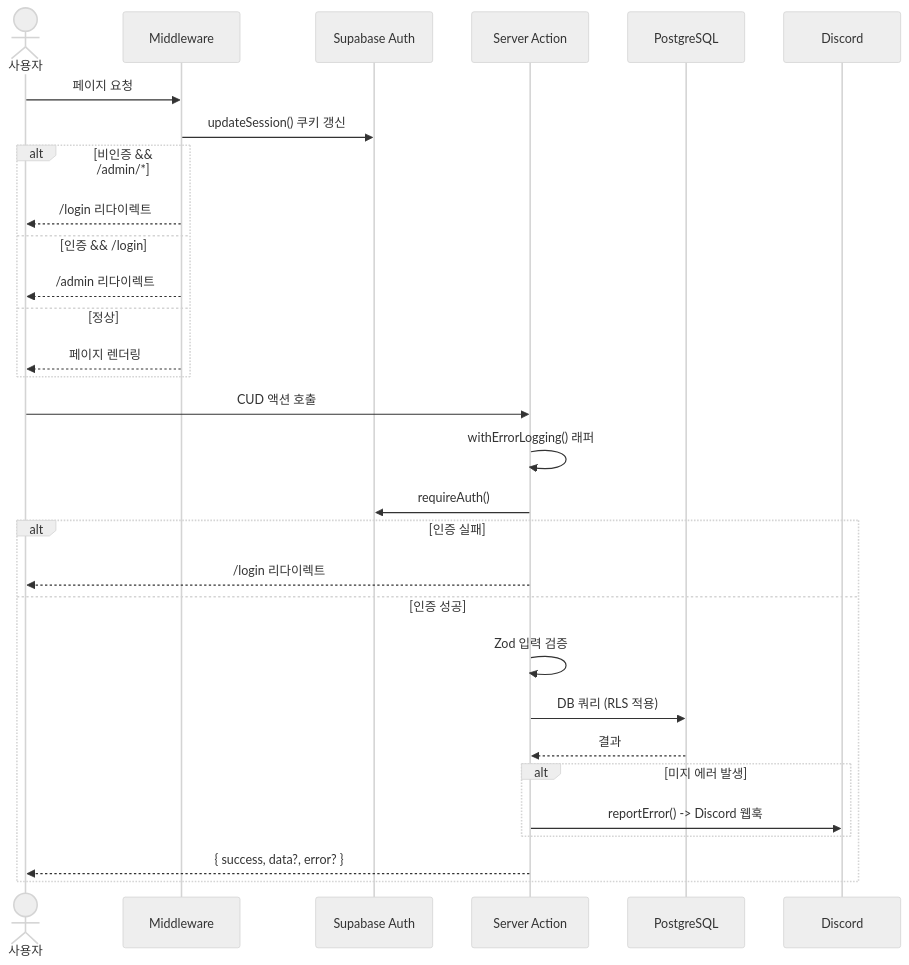
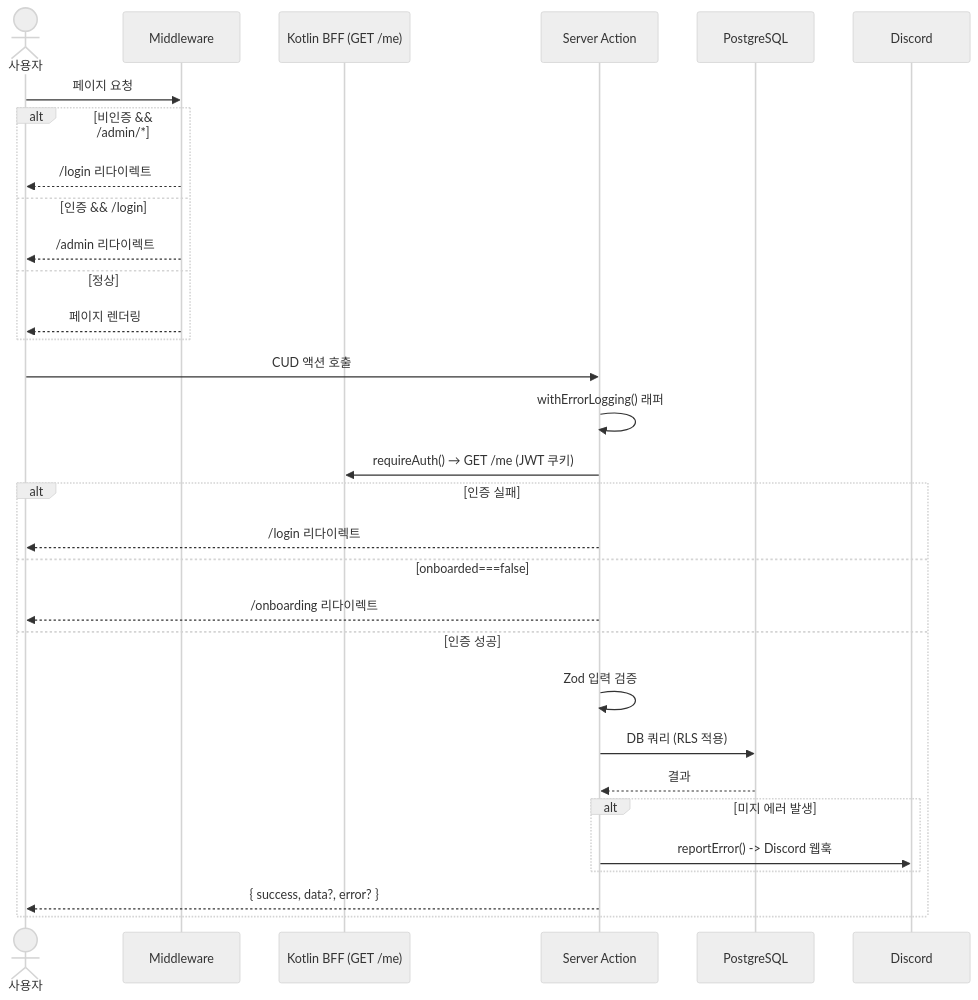
One commit to flori-ai-kr/web changed the third of 5 diagrams in docs/ARCHITECTURE.md. Above: the diagram before and after it, drawn with Mermaid (neutral theme). The commit also changed other lines of this file and 41 other files, not shown here.

````diff
--- a/docs/ARCHITECTURE.md
+++ b/docs/ARCHITECTURE.md
@@ -267,34 +307,35 @@
 ```mermaid
 sequenceDiagram
     actor U as 사용자
     participant MW as Middleware
-    participant AU as Supabase Auth
+    participant BFF as Kotlin BFF (GET /me)
     participant SA as Server Action
     participant PG as PostgreSQL
     participant DC as Discord
 
     U->>MW: 페이지 요청
-    MW->>AU: updateSession() 쿠키 갱신
     alt 비인증 && /admin/*
         MW-->>U: /login 리다이렉트
     else 인증 && /login
         MW-->>U: /admin 리다이렉트
     else 정상
         MW-->>U: 페이지 렌더링
     end
 
     U->>SA: CUD 액션 호출
     SA->>SA: withErrorLogging() 래퍼
-    SA->>AU: requireAuth()
+    SA->>BFF: requireAuth() → GET /me (JWT 쿠키)
     alt 인증 실패
         SA-->>U: /login 리다이렉트
+    else onboarded===false
+        SA-->>U: /onboarding 리다이렉트
     else 인증 성공
         SA->>SA: Zod 입력 검증
         SA->>PG: DB 쿼리 (RLS 적용)
         PG-->>SA: 결과
         alt 미지 에러 발생
             SA->>DC: reportError() -> Discord 웹훅
         end
         SA-->>U: { success, data?, error? }
     end
 ```
````
